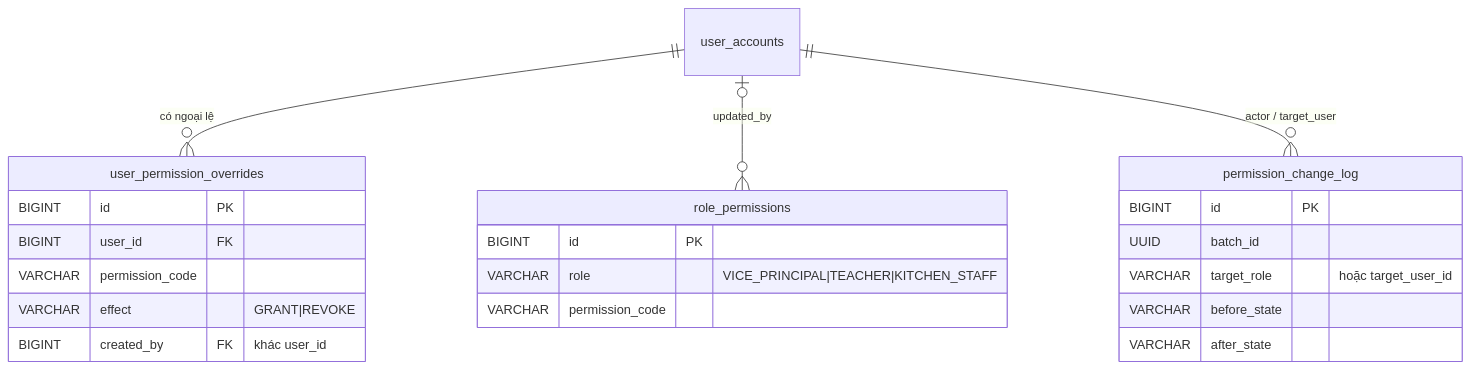
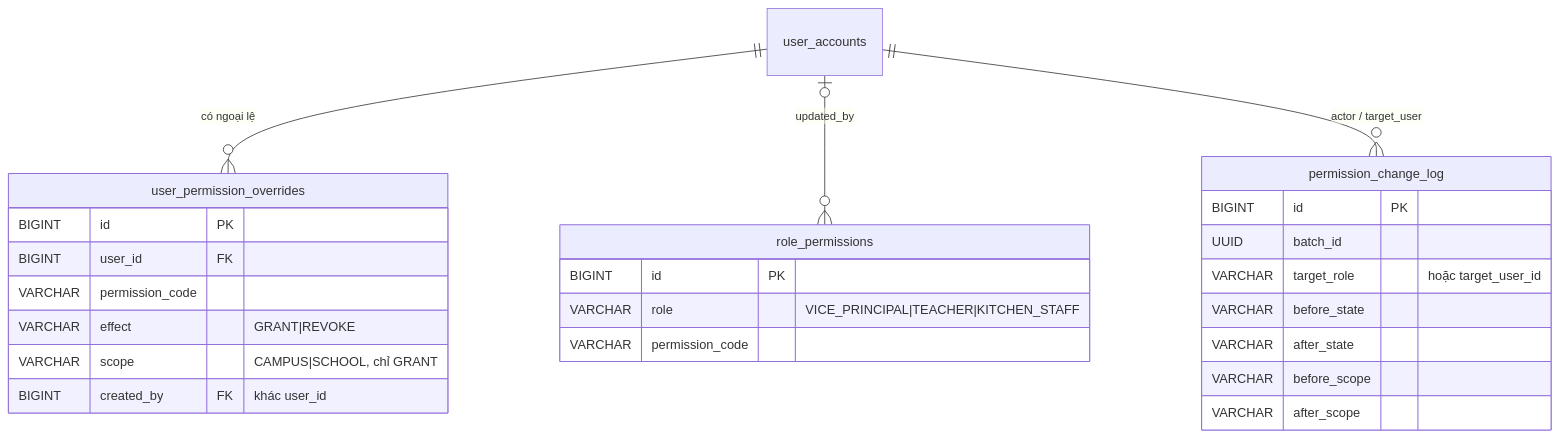
Before and after one commit to thang-04/CareNest_BE: the third of 3 diagrams in docs/database/ERD.md, drawn with Mermaid. The commit also changed 58 other files, not shown here.

````diff
--- a/docs/database/ERD.md
+++ b/docs/database/ERD.md
@@ -98,26 +98,29 @@
 ```mermaid
 erDiagram
     user_accounts ||--o{ user_permission_overrides : "có ngoại lệ"
     user_accounts |o--o{ role_permissions : "updated_by"
     user_accounts ||--o{ permission_change_log : "actor / target_user"
 
     role_permissions {
         BIGINT id PK
         VARCHAR role "VICE_PRINCIPAL|TEACHER|KITCHEN_STAFF"
         VARCHAR permission_code
     }
     user_permission_overrides {
         BIGINT id PK
         BIGINT user_id FK
         VARCHAR permission_code
         VARCHAR effect "GRANT|REVOKE"
+        VARCHAR scope "CAMPUS|SCHOOL, chỉ GRANT"
         BIGINT created_by FK "khác user_id"
     }
     permission_change_log {
         BIGINT id PK
         UUID batch_id
         VARCHAR target_role "hoặc target_user_id"
         VARCHAR before_state
         VARCHAR after_state
+        VARCHAR before_scope
+        VARCHAR after_scope
     }
 ```
````
